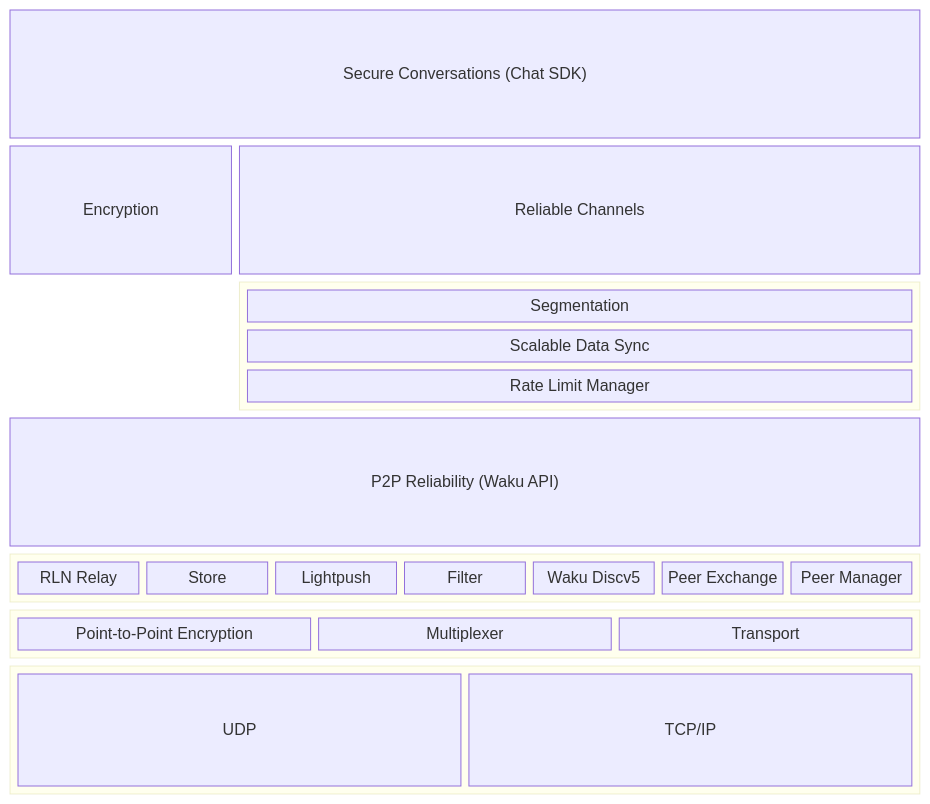
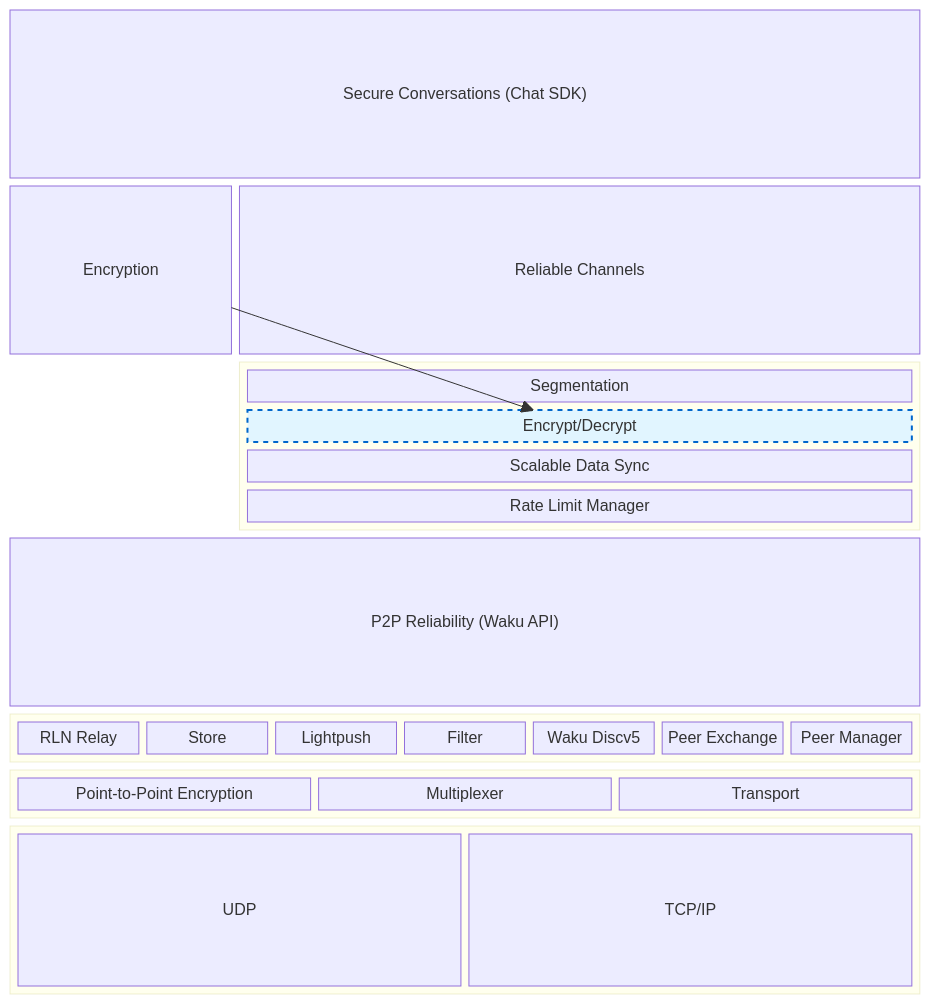
One commit to waku-org/pm changed the diagram in ARCHITECTURE.md. Above: the diagram before and after it, drawn with Mermaid.

Commit message:
clarify when encryption happens

````diff
--- a/ARCHITECTURE.md
+++ b/ARCHITECTURE.md
@@ -6,40 +6,46 @@
 ```mermaid
 block-beta
     columns 4
     sc["Secure Conversations (Chat SDK)"]:4
-    
+
     e["Encryption"]:1
-    rc["Reliable Channels"]:3    
+    rc["Reliable Channels"]:3
     space:1
-    
+
     block:reliablechannels:3
         columns 1
         sg["Segmentation"]:1
+        enc["Encrypt/Decrypt"]:1
         sds["Scalable Data Sync"]:1
         rlm["Rate Limit Manager"]:1
     end
+
+    e --> enc
 
     P2PReliability["P2P Reliability (Waku API)"]:4
     block:wakuapi:4
         columns 7
         RLNRelay["RLN Relay"]:1
         Store["Store"]:1
         Lightpush["Lightpush"]:1
         Filter["Filter"]:1
         Discv5["Waku Discv5"]:1
         PeerExchange["Peer Exchange"]:1
         PeerManager["Peer Manager"]:1
-        
+
     end
-    
+
     block:libp2p:4
         P2PEncryption["Point-to-Point Encryption"]
         Multiplexer["Multiplexer"]
         Transport["Transport"]
     end
-    
+
     block:base:4
         UDP["UDP"]
         TCP["TCP/IP"]
     end
+
+    classDef borrowed fill:#e1f5ff,stroke:#0066cc,stroke-width:2px,stroke-dasharray: 5 5
+    class enc borrowed
 ```
````
